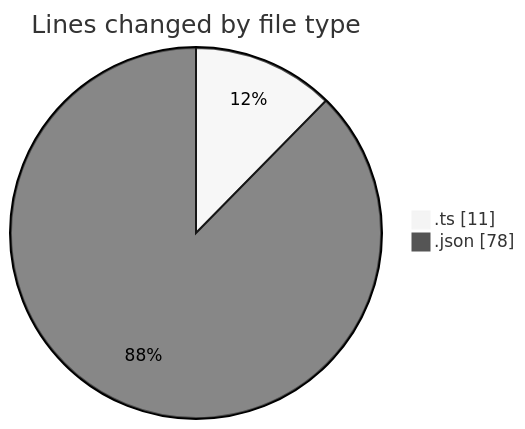
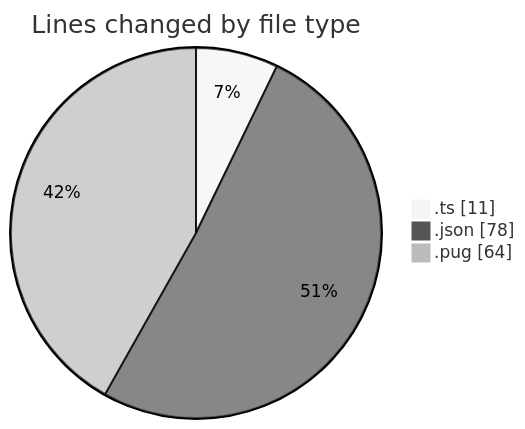
Before and after one commit to momahboobian/code-tracking: the first of 2 diagrams in 2025-02-24/cda/README.md, drawn with Mermaid (neutral theme). The commit also changed other lines of this file and 1 other file, not shown here.

````diff
--- a/2025-02-24/cda/README.md
+++ b/2025-02-24/cda/README.md
@@ -24,6 +25,7 @@
 ```mermaid
 pie showData
 title Lines changed by file type
 ".ts" : 11
 ".json" : 78
+".pug" : 64
 ```
````
